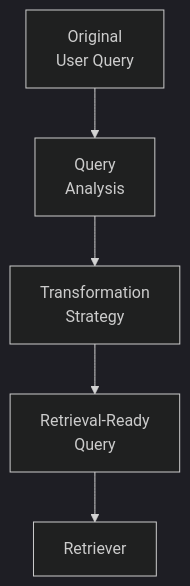
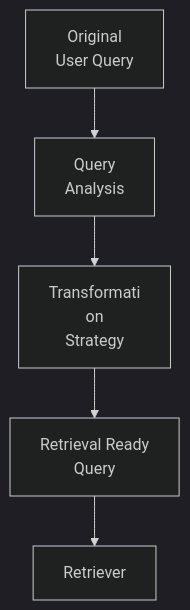
Before and after one commit to MihirKJha/enterprise-ai-blog: the first of 6 diagrams in docs/architecture-insights/genai-and-rag/2.3-engineering-query-transformation-pipelines-for-enterprise-retrieval.md, drawn with Mermaid (dark theme). The commit also changed other lines of this file, not shown here.

````diff
--- a/docs/architecture-insights/genai-and-rag/2.3-engineering-query-transformation-pipelines-for-enterprise-retrieval.md
+++ b/docs/architecture-insights/genai-and-rag/2.3-engineering-query-transformation-pipelines-for-enterprise-retrieval.md
@@ -82,13 +82,13 @@
 ```mermaid
 graph TD
     A[Original<br/>User Query]
     B[Query<br/>Analysis]
-    C[Transformation<br/>Strategy]
-    D[Retrieval-Ready<br/>Query]
+    C[Transformati<br/>on<br/>Strategy]
+    D[Retrieval Ready<br/>Query]
     E[Retriever]
 
     A --> B
     B --> C
     C --> D
     D --> E
 ```
````
